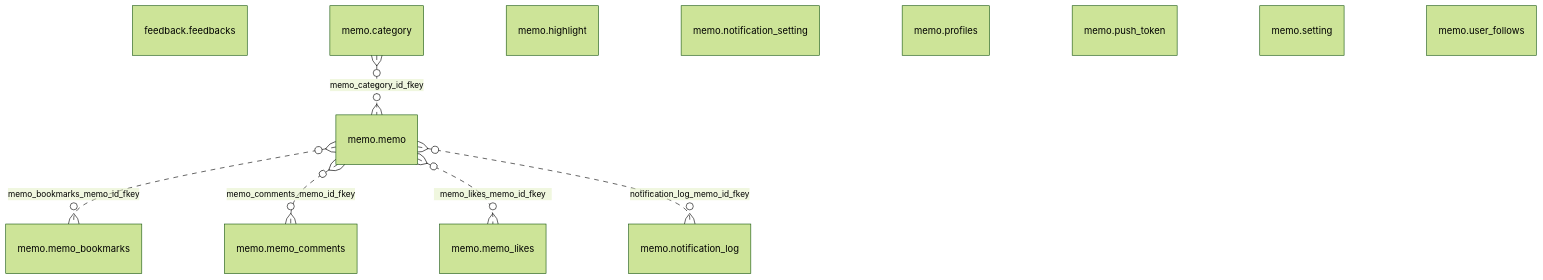
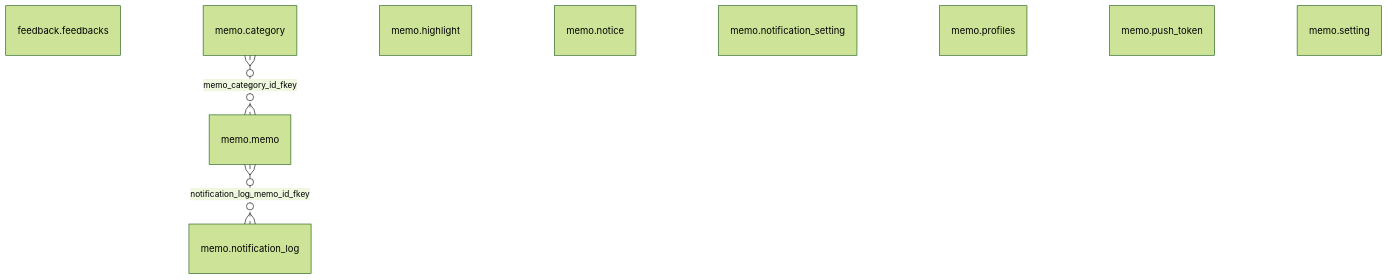
The diagram in docs/supabase-schema.md (guesung/Web-Memo), drawn with Mermaid (forest theme) before and after one commit. The commit also changed other lines of this file and 6 other files, not shown here.

````diff
--- a/docs/supabase-schema.md
+++ b/docs/supabase-schema.md
@@ -12,21 +12,15 @@
 ```mermaid
 erDiagram
     table_0["feedback.feedbacks"]
     table_1["memo.category"]
     table_2["memo.highlight"]
     table_3["memo.memo"]
-    table_4["memo.memo_bookmarks"]
-    table_5["memo.memo_comments"]
-    table_6["memo.memo_likes"]
-    table_7["memo.notification_log"]
-    table_8["memo.notification_setting"]
-    table_9["memo.profiles"]
-    table_10["memo.push_token"]
-    table_11["memo.setting"]
-    table_12["memo.user_follows"]
+    table_4["memo.notice"]
+    table_5["memo.notification_log"]
+    table_6["memo.notification_setting"]
+    table_7["memo.profiles"]
+    table_8["memo.push_token"]
+    table_9["memo.setting"]
     table_1 }o..o{ table_3 : "memo_category_id_fkey"
-    table_3 }o..o{ table_4 : "memo_bookmarks_memo_id_fkey"
-    table_3 }o..o{ table_5 : "memo_comments_memo_id_fkey"
-    table_3 }o..o{ table_6 : "memo_likes_memo_id_fkey"
-    table_3 }o..o{ table_7 : "notification_log_memo_id_fkey"
+    table_3 }o..o{ table_5 : "notification_log_memo_id_fkey"
 ```
````
